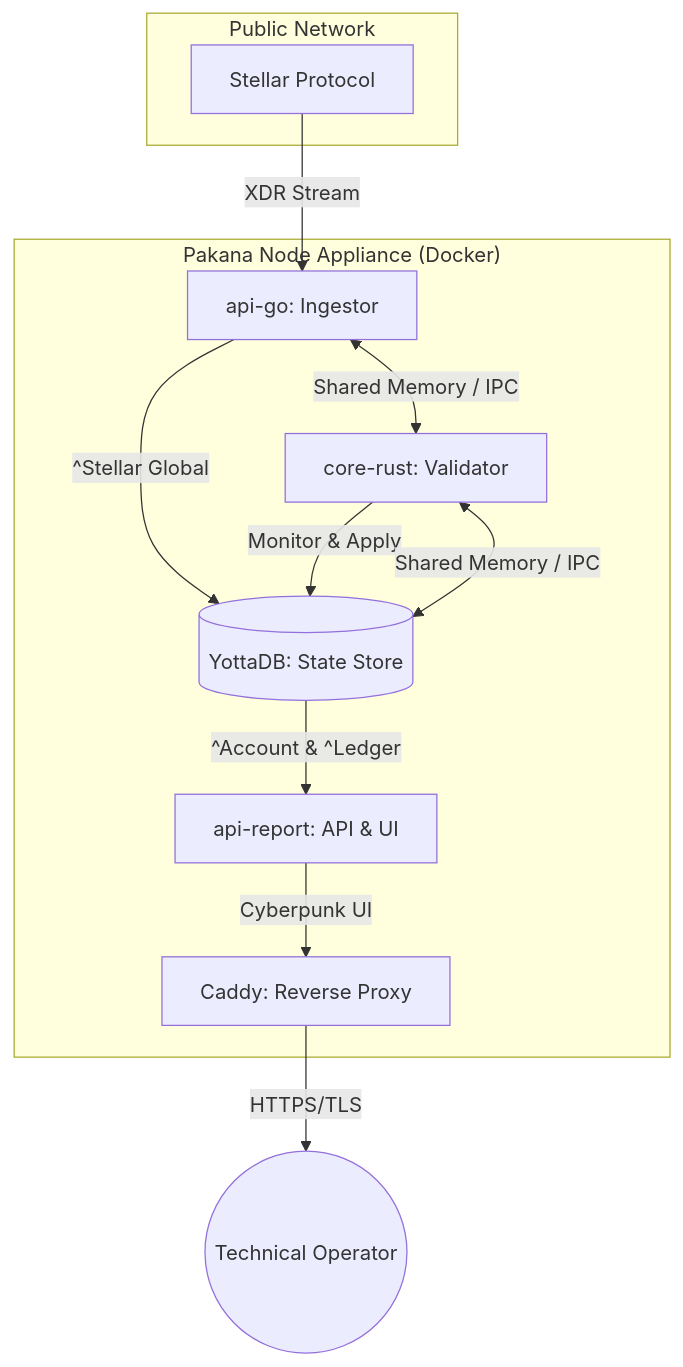
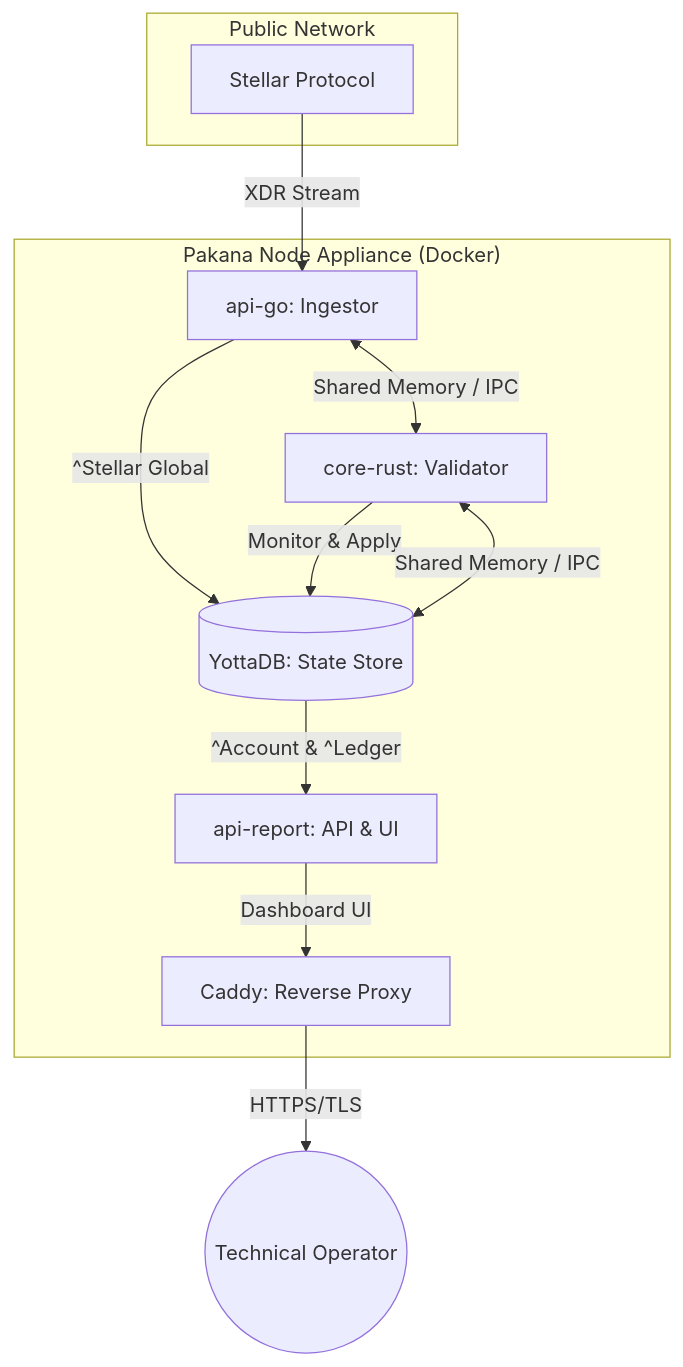
One commit to lockb0x-llc/pakana-node-ce changed the diagram in README.md. Above: the diagram before and after it, drawn with Mermaid.

Commit message:
docs: rename 'Cyberpunk UI' to 'Dashboard UI' in README.

````diff
--- a/README.md
+++ b/README.md
@@ -24,24 +24,24 @@
 ```mermaid
 graph TD
     subgraph "Public Network"
         S[Stellar Protocol]
     end
 
     subgraph "Pakana Node Appliance (Docker)"
         G[api-go: Ingestor]
         R[core-rust: Validator]
         Y[(YottaDB: State Store)]
         A[api-report: API & UI]
         C[Caddy: Reverse Proxy]
     end
 
     S -->|XDR Stream| G
     G -->|^Stellar Global| Y
     R -->|Monitor & Apply| Y
     Y -->|^Account & ^Ledger| A
-    A -->|Cyberpunk UI| C
+    A -->|Dashboard UI| C
     C -->|HTTPS/TLS| User((Technical Operator))
 
     G <-->|Shared Memory / IPC| R
     R <-->|Shared Memory / IPC| Y
 ```
````
